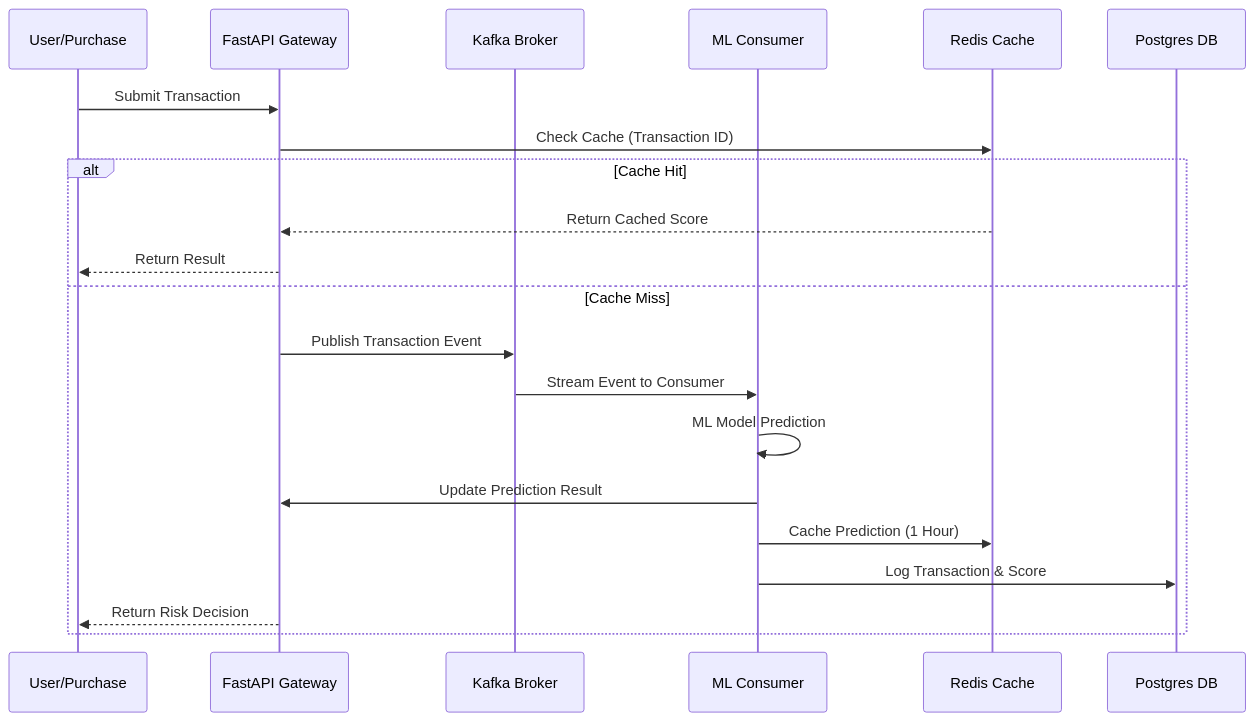
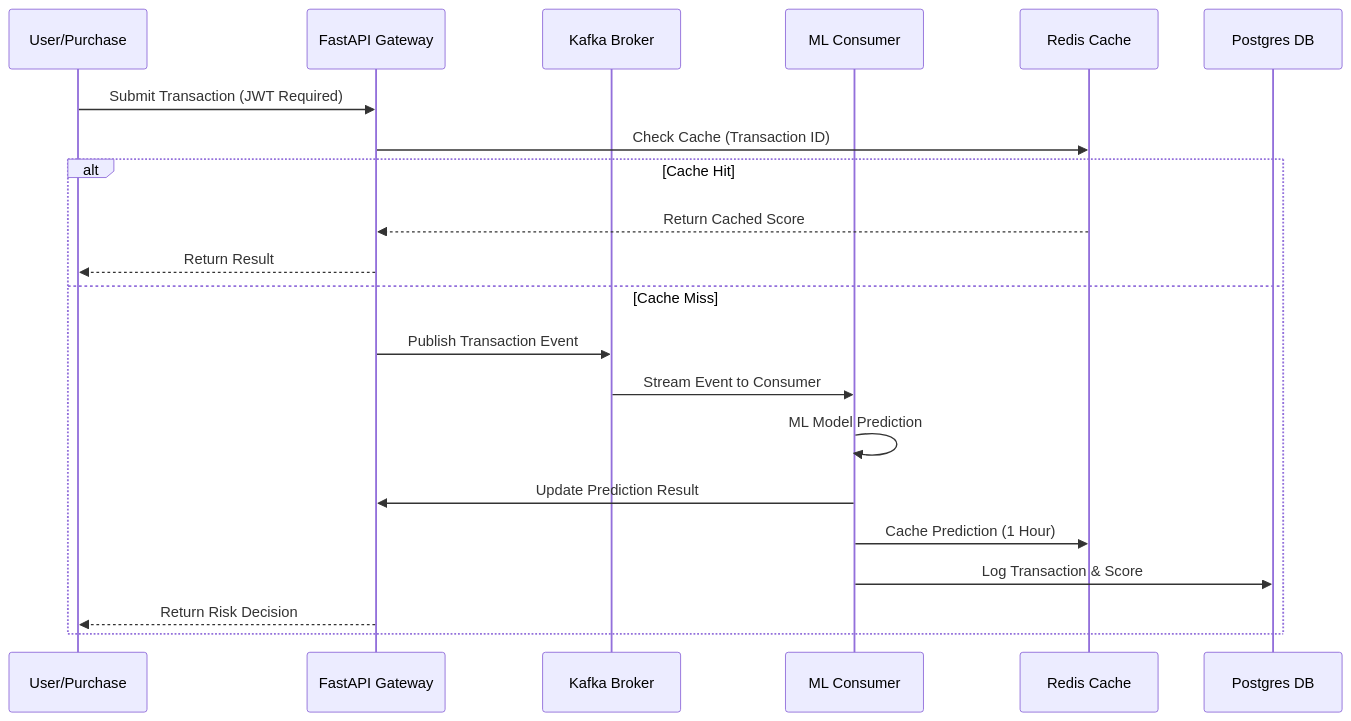
Before and after one commit to Knull99-hub/fraud-detection-system: the diagram in README.md, drawn with Mermaid. The commit also changed other lines of this file and 20 other files, not shown here.

````diff
--- a/README.md
+++ b/README.md
@@ -40,24 +41,24 @@
 ```mermaid
 sequenceDiagram
     participant U as User/Purchase
     participant API as FastAPI Gateway
     participant K as Kafka Broker
     participant C as ML Consumer
     participant R as Redis Cache
     participant DB as Postgres DB
 
-    U->>API: Submit Transaction
+    U->>API: Submit Transaction (JWT Required)
     API->>R: Check Cache (Transaction ID)
     alt Cache Hit
         R-->>API: Return Cached Score
         API-->>U: Return Result
     else Cache Miss
         API->>K: Publish Transaction Event
         K->>C: Stream Event to Consumer
         C->>C: ML Model Prediction
         C->>API: Update Prediction Result
         C->>R: Cache Prediction (1 Hour)
         C->>DB: Log Transaction & Score
         API-->>U: Return Risk Decision
     end
 ```
````
